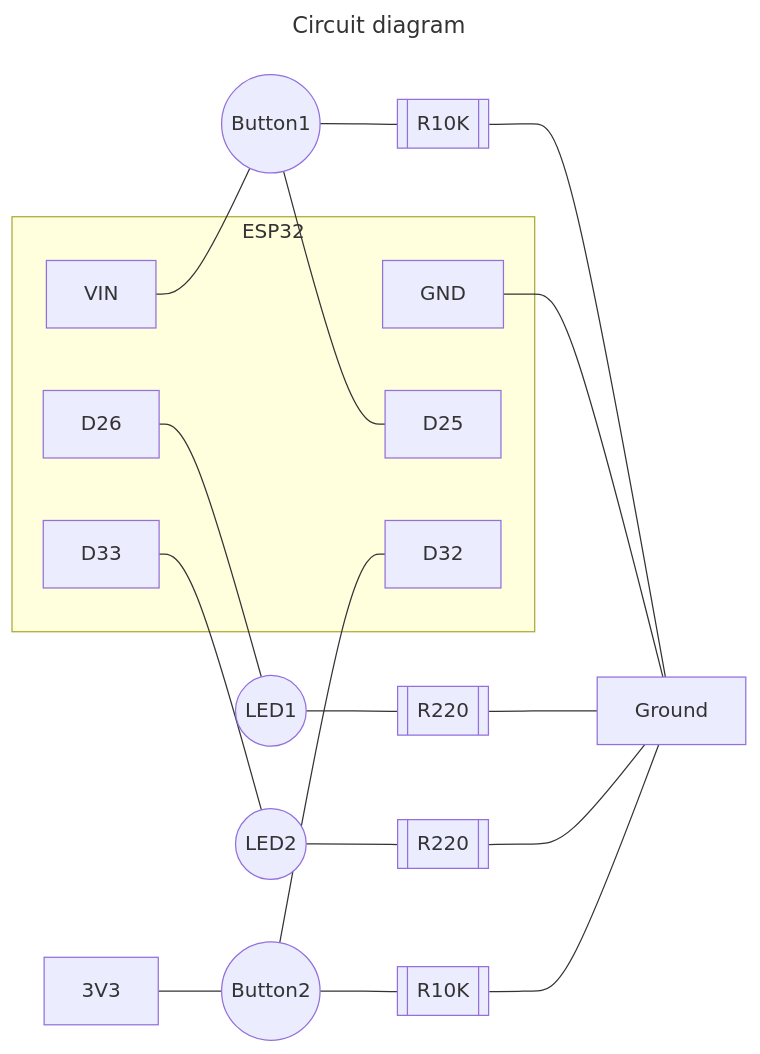
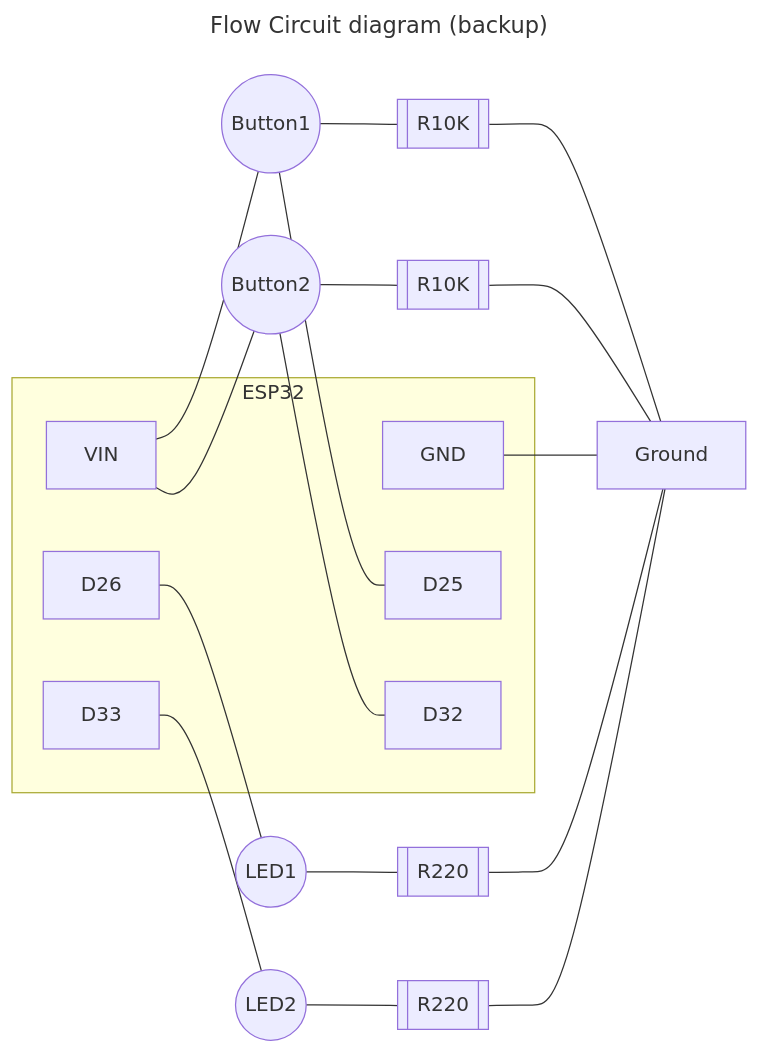
The second of 2 diagrams in TwoButtonInput/README.md (ddwheele/esp32-home-projects), drawn with Mermaid before and after one commit. The commit also changed other lines of this file, not shown here.

Commit message:
trying block diagram

````diff
--- a/TwoButtonInput/README.md
+++ b/TwoButtonInput/README.md
@@ -9,31 +59,31 @@
 ```mermaid
 ---
-title: Circuit diagram
+title: Flow Circuit diagram (backup)
 ---
 
 graph LR
 	subgraph ESP32
 	VIN
 	GND
 	D25
 	D26
 	D32
 	D33
 	end
 	GND --- Ground
 	B1((Button1))
 	B2((Button2))
 	R1_10K[[R10K]]
 	R1_220[[R220]]
 	R2_10K[[R10K]]
 	R2_220[[R220]]
 	L1((LED1))
 	L2((LED2))
-	VIN --- B1
-	B1 --- R1_10K --- Ground
+	VIN --- B1 --- R1_10K --- Ground
 	B1 --- D25
 	D26 --- L1 --- R1_220 --- Ground
-	3V3 --- B2 --- R2_10K --- Ground
+
+	VIN --- B2 --- R2_10K --- Ground
 	B2 --- D32
 	D33 --- L2 --- R2_220 --- Ground
 ```
````
